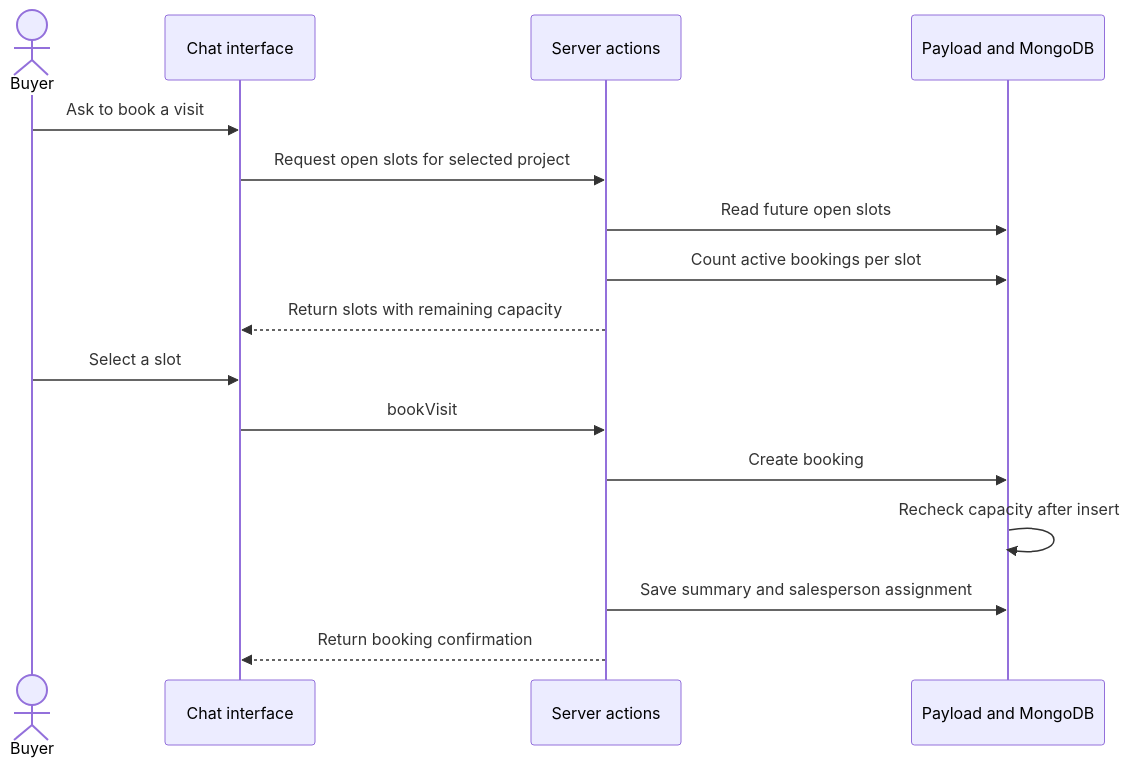
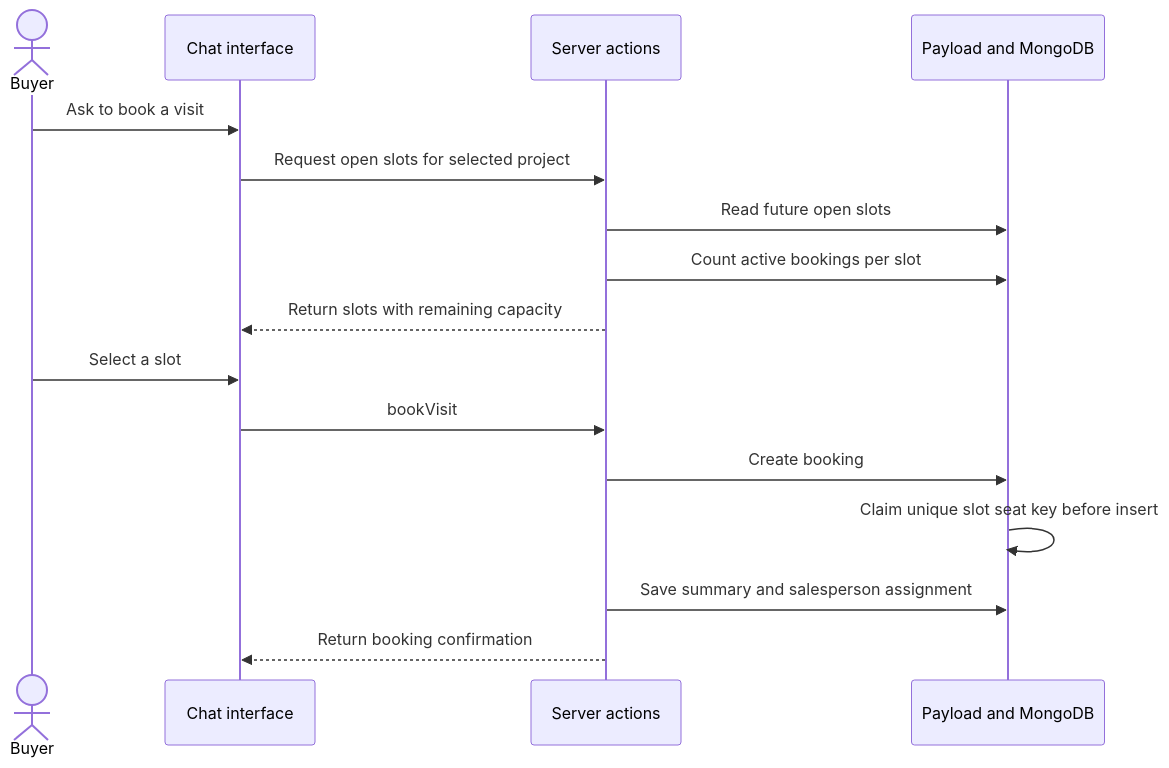
The third of 3 diagrams in README.md (MadhuTiwari-345/IsoCode), drawn with Mermaid before and after one commit. The commit also changed other lines of this file, not shown here.

````diff
--- a/README.md
+++ b/README.md
@@ -176,18 +176,18 @@
 ```mermaid
 sequenceDiagram
     actor Buyer
     participant UI as Chat interface
     participant SA as Server actions
     participant DB as Payload and MongoDB
     Buyer->>UI: Ask to book a visit
     UI->>SA: Request open slots for selected project
     SA->>DB: Read future open slots
     SA->>DB: Count active bookings per slot
     SA-->>UI: Return slots with remaining capacity
     Buyer->>UI: Select a slot
     UI->>SA: bookVisit
     SA->>DB: Create booking
-    DB->>DB: Recheck capacity after insert
+    DB->>DB: Claim unique slot seat key before insert
     SA->>DB: Save summary and salesperson assignment
     SA-->>UI: Return booking confirmation
 ```
````
